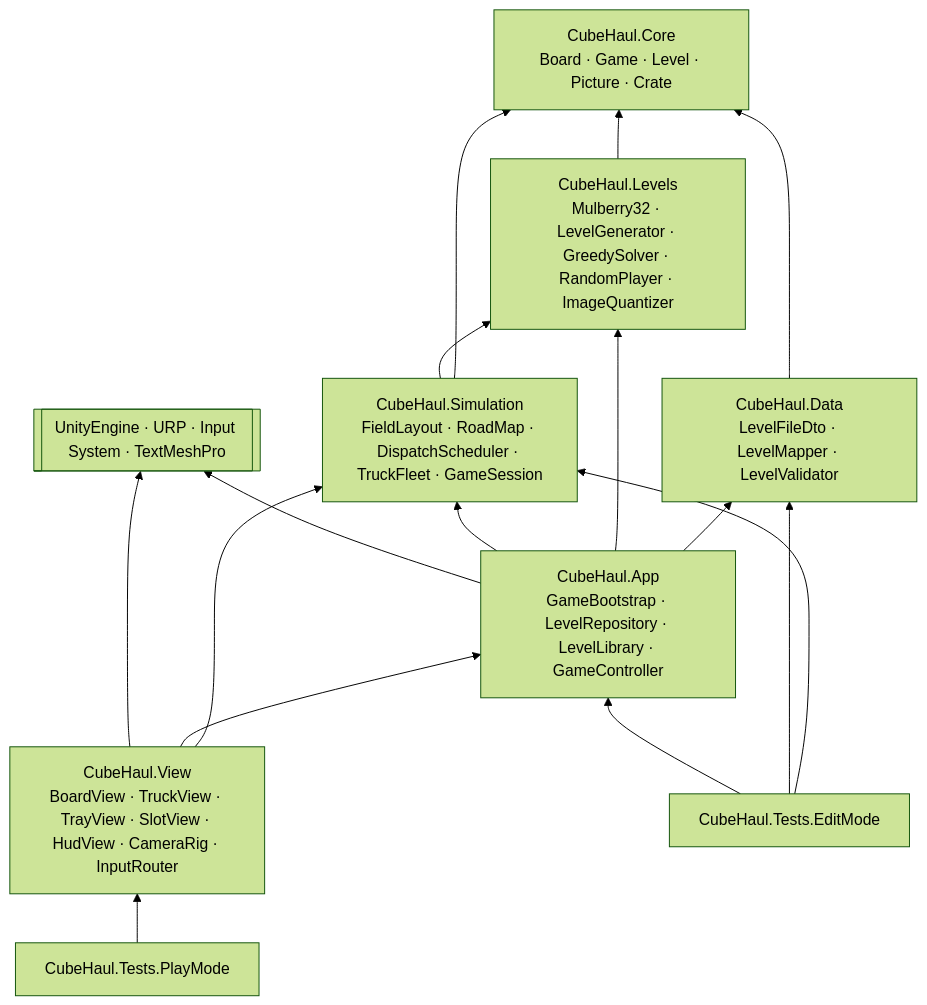
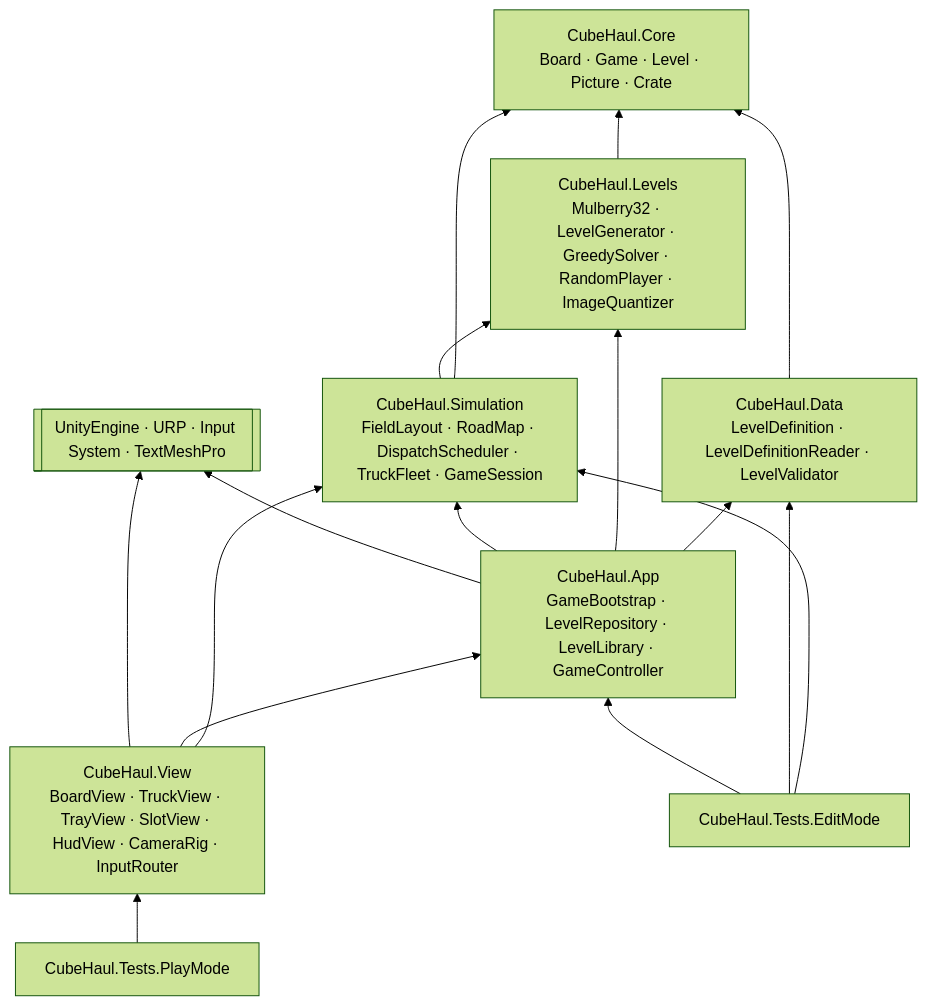
One commit to yunusemreerinc/CubeHaul3D changed the seventh of 7 diagrams in docs/PORTING_PLAN.md. Above: the diagram before and after it, drawn with Mermaid (forest theme). The commit also changed other lines of this file and 108 other files, not shown here.

First line of the commit message:
Task 03: versioned, Unity-independent LevelDefinition format

````diff
--- a/docs/PORTING_PLAN.md
+++ b/docs/PORTING_PLAN.md
@@ -897,27 +902,27 @@
 ```mermaid
 flowchart BT
   Core["CubeHaul.Core<br/>Board · Game · Level · Picture · Crate"]
   Levels["CubeHaul.Levels<br/>Mulberry32 · LevelGenerator · GreedySolver · RandomPlayer · ImageQuantizer"]
-  Data["CubeHaul.Data<br/>LevelFileDto · LevelMapper · LevelValidator"]
+  Data["CubeHaul.Data<br/>LevelDefinition · LevelDefinitionReader · LevelValidator"]
   Sim["CubeHaul.Simulation<br/>FieldLayout · RoadMap · DispatchScheduler · TruckFleet · GameSession"]
   App["CubeHaul.App<br/>GameBootstrap · LevelRepository · LevelLibrary · GameController"]
   View["CubeHaul.View<br/>BoardView · TruckView · TrayView · SlotView · HudView · CameraRig · InputRouter"]
   Unity[["UnityEngine · URP · Input System · TextMeshPro"]]
   TE["CubeHaul.Tests.EditMode"]
   TP["CubeHaul.Tests.PlayMode"]
   Levels --> Core
   Data --> Core
   Sim --> Core
   Sim --> Levels
   App --> Data
   App --> Levels
   App --> Sim
   App --> Unity
   View --> Sim
   View --> App
   View --> Unity
   TE --> Sim
   TE --> Data
   TE --> App
   TP --> View
 ```
````
